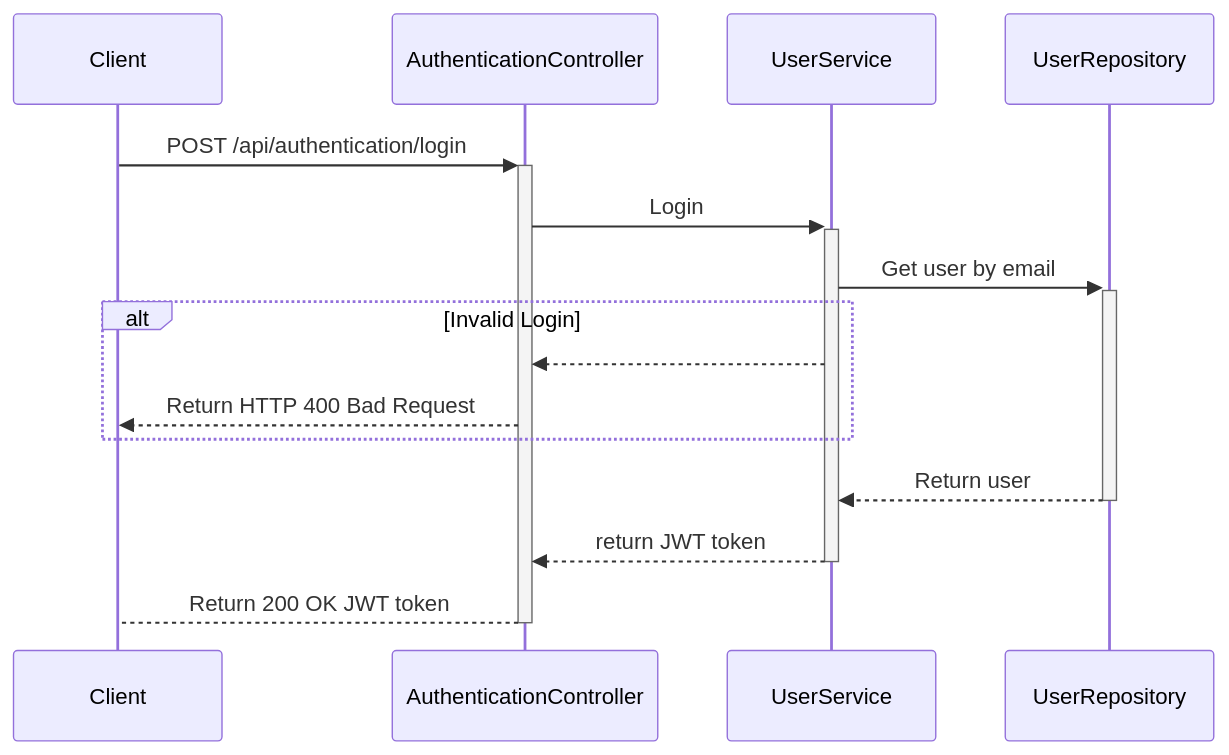
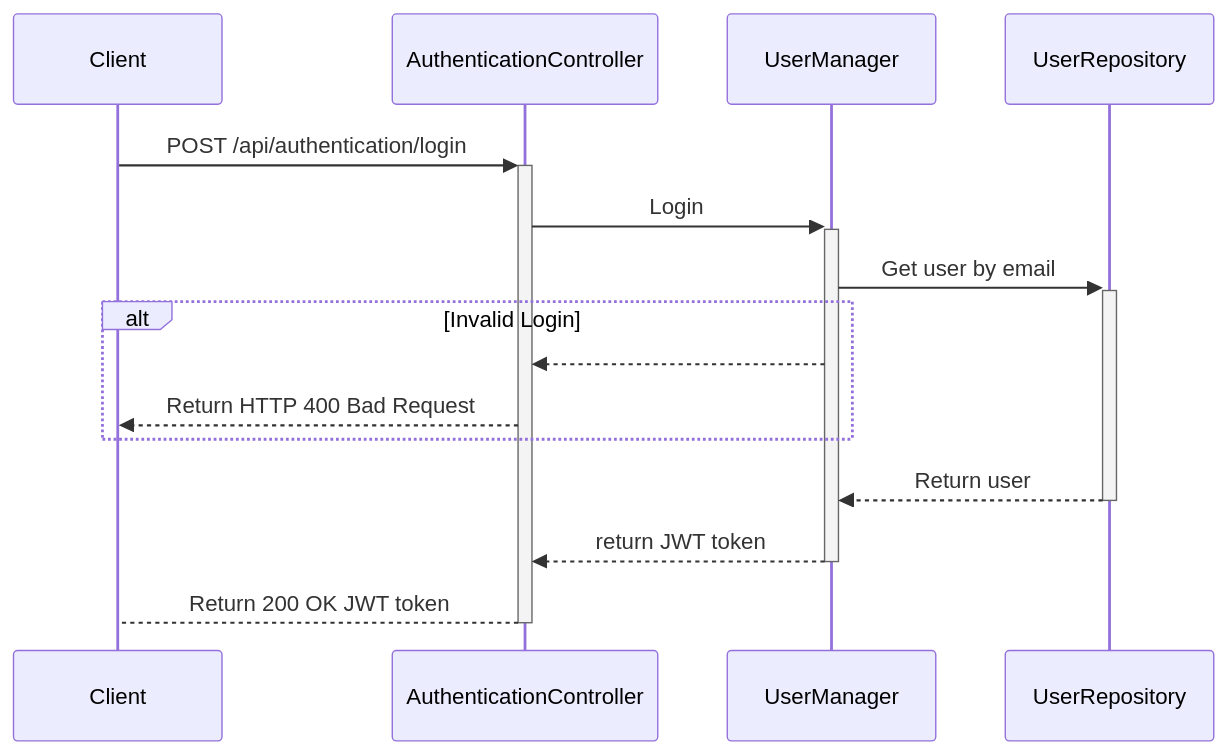
Before and after one commit to JKMN-Projects/ripple_sync_backend: the second of 4 diagrams in documentation/diagrams/sequence_diagram.md, drawn with Mermaid. The commit also changed other lines of this file and 2 other files, not shown here.

Commit message:
some diagrams

````diff
--- a/documentation/diagrams/sequence_diagram.md
+++ b/documentation/diagrams/sequence_diagram.md
@@ -24,13 +24,13 @@
-``` mermaid
+```mermaid
     sequenceDiagram
     Client->>+AuthenticationController: POST /api/authentication/login
-    AuthenticationController->>+UserService: Login 
-    UserService ->>+ UserRepository: Get user by email
+    AuthenticationController->>+UserManager: Login 
+    UserManager ->>+ UserRepository: Get user by email
     alt Invalid Login 
-        UserService -->> AuthenticationController: 
+        UserManager -->> AuthenticationController: 
         AuthenticationController -->> Client: Return HTTP 400 Bad Request
     end
-    UserRepository-->>-UserService: Return user
-    UserService -->>- AuthenticationController: return JWT token
+    UserRepository-->>-UserManager: Return user
+    UserManager -->>- AuthenticationController: return JWT token
     AuthenticationController -->- Client: Return 200 OK JWT token
 ```
````
